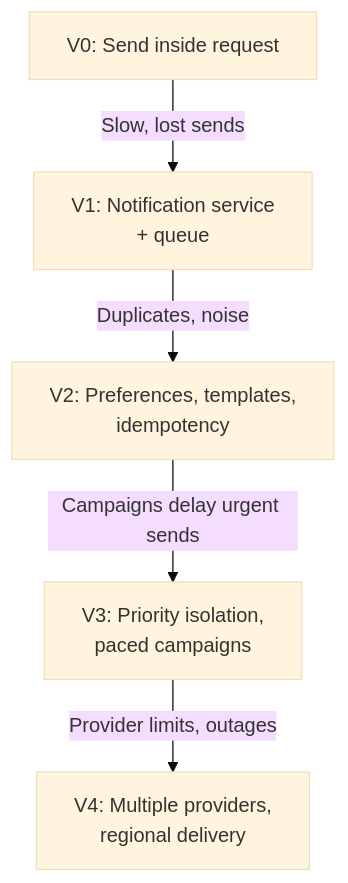
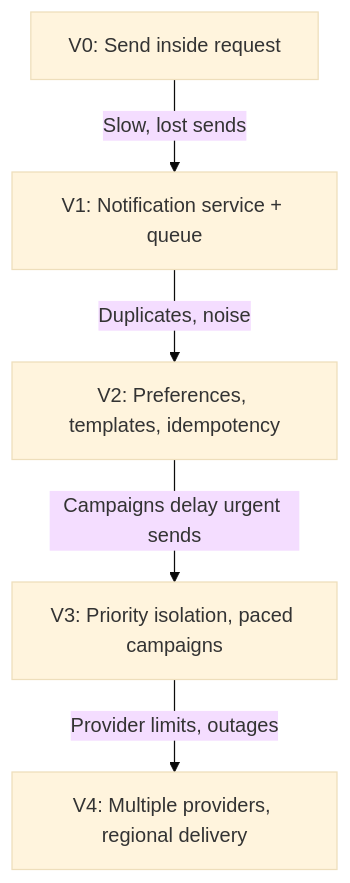
One commit to gitussr/systemly changed the sixth of 6 diagrams in content/12-case-studies/12.05-notification-system.md. Above: the diagram before and after it, drawn with Mermaid (base theme). The commit also changed other lines of this file and 5 other files, not shown here.

First line of the commit message:
Level 12: drop manual line breaks in long diagram labels

````diff
--- a/content/12-case-studies/12.05-notification-system.md
+++ b/content/12-case-studies/12.05-notification-system.md
@@ -386,9 +386,9 @@
 ```mermaid
 flowchart TD
   accTitle: How the notification system evolves
   accDescr: V0 sends inside the request. V1 adds a notification service with a queue. V2 adds preferences, templates and idempotency in one place. V3 separates priorities, paces campaigns and isolates each provider. V4 adds multiple providers per channel and regional delivery.
-  V0["V0: Send inside request"] -->|"Slow, lost sends"| V1["V1: Notification service<br/>+ queue"]
-  V1 -->|"Duplicates, noise"| V2["V2: Preferences, templates,<br/>idempotency"]
-  V2 -->|"Campaigns delay urgent sends"| V3["V3: Priority isolation,<br/>paced campaigns"]
-  V3 -->|"Provider limits, outages"| V4["V4: Multiple providers,<br/>regional delivery"]
+  V0["V0: Send inside request"] -->|"Slow, lost sends"| V1["V1: Notification service + queue"]
+  V1 -->|"Duplicates, noise"| V2["V2: Preferences, templates, idempotency"]
+  V2 -->|"Campaigns delay urgent sends"| V3["V3: Priority isolation, paced campaigns"]
+  V3 -->|"Provider limits, outages"| V4["V4: Multiple providers, regional delivery"]
 ```
````
